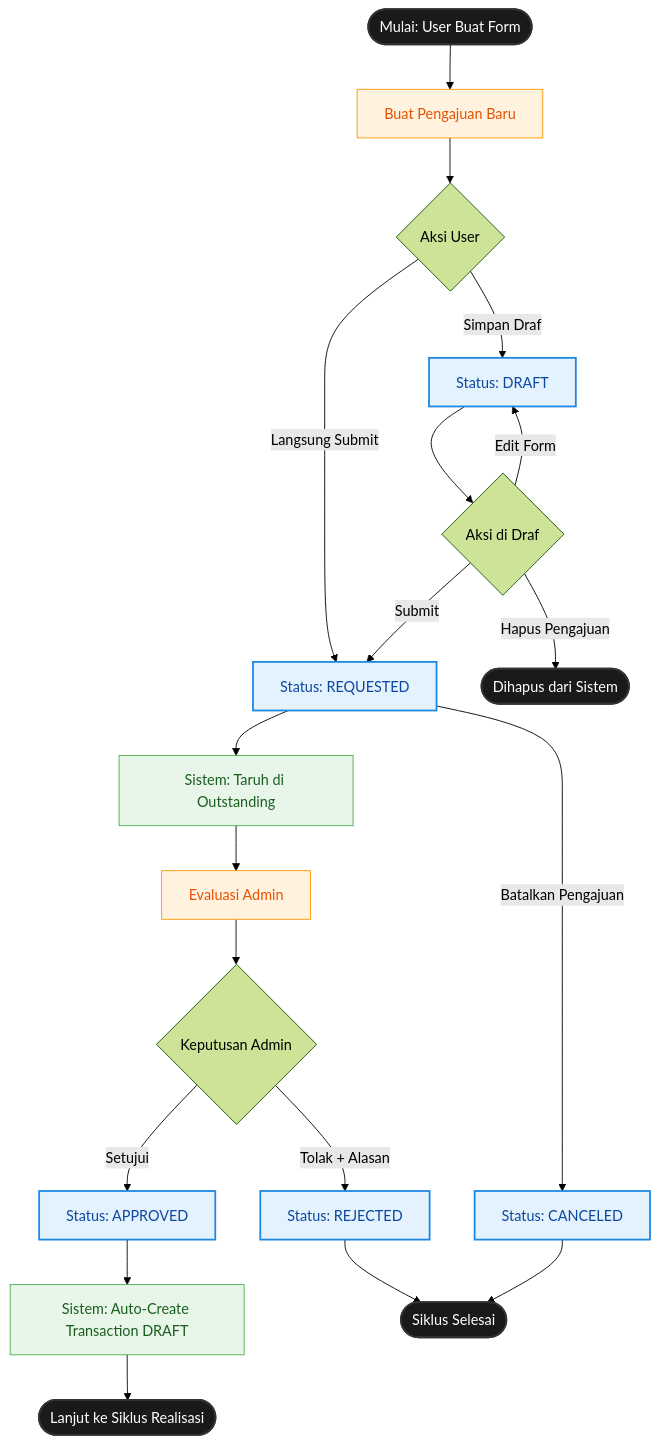
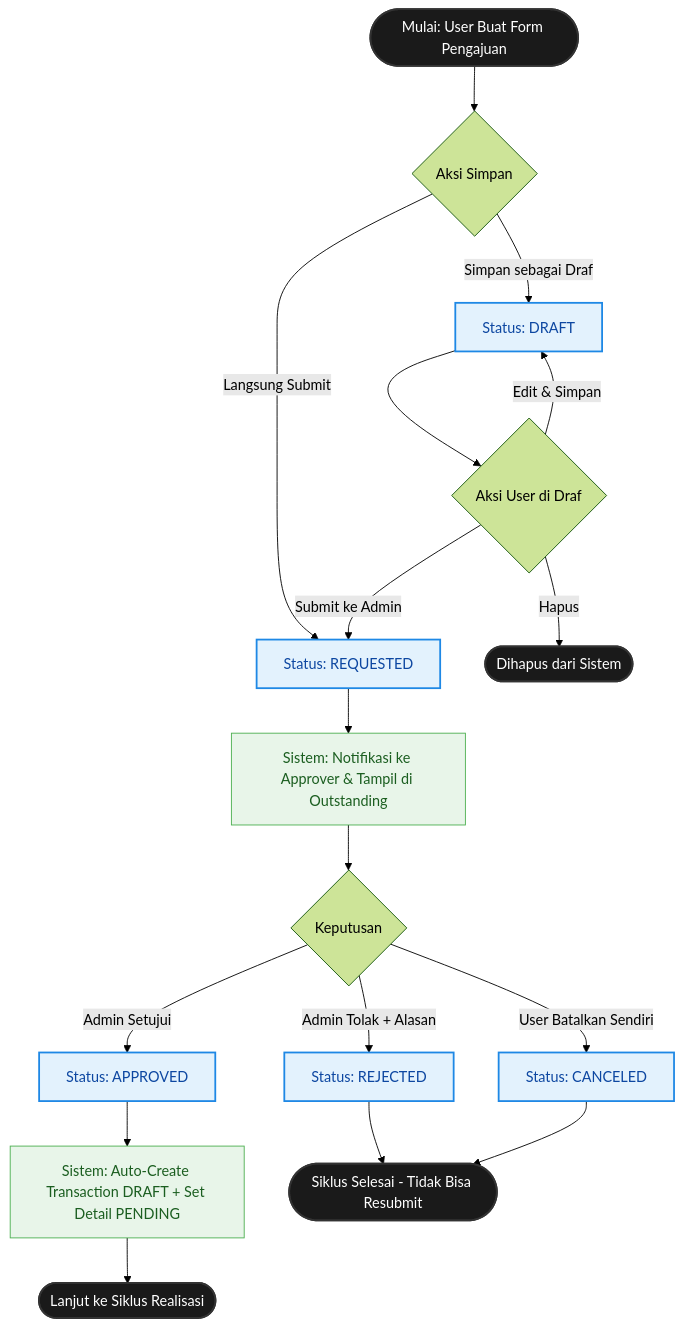
The first of 2 diagrams in docs/flowchart.md (andrirosandi/sistemkeuangankeluarga), drawn with Mermaid (forest theme) before and after one commit. The commit also changed other lines of this file, not shown here.

First line of the commit message:
docs: revise flowcharts for 100% code accuracy

````diff
--- a/docs/flowchart.md
+++ b/docs/flowchart.md
@@ -11,39 +15,36 @@
 ```mermaid
 graph TD
     %% Styling
     classDef startEnd fill:#1A1A1A,color:#fff,stroke:#333,stroke-width:2px;
     classDef status fill:#E3F2FD,color:#0D47A1,stroke:#1E88E5,stroke-width:2px;
     classDef action fill:#FFF3E0,color:#E65100,stroke:#FF9800,stroke-width:1px;
     classDef system fill:#E8F5E9,color:#1B5E20,stroke:#4CAF50,stroke-width:1px;
 
-    %% Nodes
-    Start([Mulai: User Buat Form]):::startEnd --> A
-    A[Buat Pengajuan Baru]:::action --> B{Aksi User}
-    
-    B -- "Simpan Draf" --> S_DRAFT[Status: DRAFT]:::status
+    %% Entry
+    Start([Mulai: User Buat Form Pengajuan]):::startEnd --> B{Aksi Simpan}
+
+    B -- "Simpan sebagai Draf" --> S_DRAFT[Status: DRAFT]:::status
     B -- "Langsung Submit" --> S_REQ[Status: REQUESTED]:::status
-    
-    %% Alur DRAF
-    S_DRAFT --> C{Aksi di Draf}
-    C -- "Edit Form" --> S_DRAFT
-    C -- "Hapus Pengajuan" --> Z_DEL([Dihapus dari Sistem]):::startEnd
-    C -- "Submit" --> S_REQ
-    
-    %% Alur REQUESTED (Menunggu Approval)
-    S_REQ --> D_SYS[Sistem: Taruh di Outstanding]:::system
-    D_SYS --> E[Evaluasi Admin]:::action
-    S_REQ --> |Batalkan Pengajuan| S_CXL[Status: CANCELED]:::status
-    
-    %% Keputusan
-    E --> F{Keputusan Admin}
-    
-    F -- "Tolak + Alasan" --> S_REJ[Status: REJECTED]:::status
-    F -- "Setujui" --> S_APP[Status: APPROVED]:::status
-    
-    %% Output End
-    S_APP --> TRIGGER[Sistem: Auto-Create Transaction DRAFT]:::system
-    TRIGGER --> END_APP([Lanjut ke Siklus Realisasi]):::startEnd
-    
-    S_REJ --> END_FAIL([Siklus Selesai]):::startEnd
-    S_CXL --> END_FAIL
+
+    %% Alur DRAFT
+    S_DRAFT --> C{Aksi User di Draf}
+    C -- "Edit & Simpan" --> S_DRAFT
+    C -- "Hapus" --> Z_DEL([Dihapus dari Sistem]):::startEnd
+    C -- "Submit ke Admin" --> S_REQ
+
+    %% Alur REQUESTED
+    S_REQ --> NOTIF[Sistem: Notifikasi ke Approver & Tampil di Outstanding]:::system
+    NOTIF --> EVAL{Keputusan}
+
+    EVAL -- "User Batalkan Sendiri" --> S_CXL[Status: CANCELED]:::status
+    EVAL -- "Admin Tolak + Alasan" --> S_REJ[Status: REJECTED]:::status
+    EVAL -- "Admin Setujui" --> S_APP[Status: APPROVED]:::status
+
+    %% Approved triggers
+    S_APP --> AUTO[Sistem: Auto-Create Transaction DRAFT + Set Detail PENDING]:::system
+    AUTO --> NEXT([Lanjut ke Siklus Realisasi]):::startEnd
+
+    %% Terminal states
+    S_REJ --> FIN([Siklus Selesai - Tidak Bisa Resubmit]):::startEnd
+    S_CXL --> FIN
 ```
````
